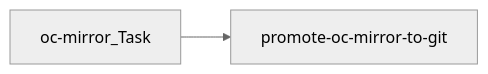
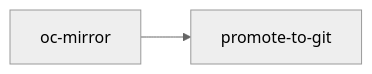
Before and after one commit to aprincipRedhat/rh-summit-gitops-tmobile: the third of 4 diagrams in cluster-automation/README.md, drawn with Mermaid (neutral theme). The commit also changed other lines of this file and 29 other files, not shown here.

````diff
--- a/cluster-automation/README.md
+++ b/cluster-automation/README.md
@@ -53,4 +40,4 @@
 ```mermaid
 flowchart LR
-  A[oc-mirror_Task] --> B[promote-oc-mirror-to-git]
+  A[oc-mirror] --> B[promote-to-git]
 ```
````
